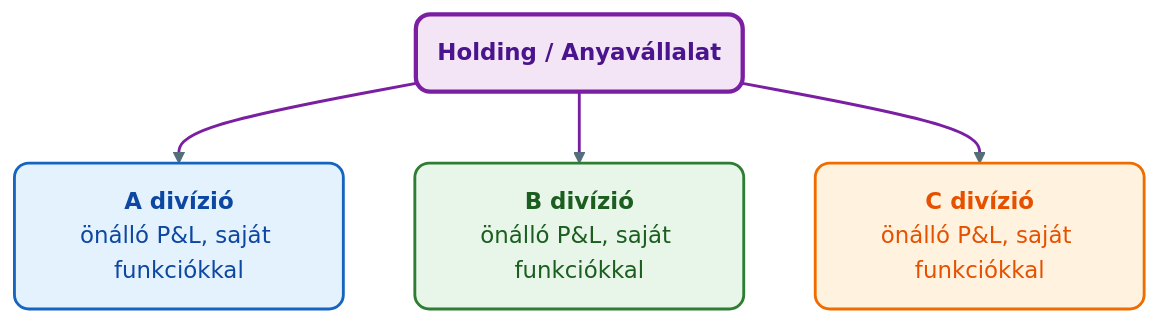
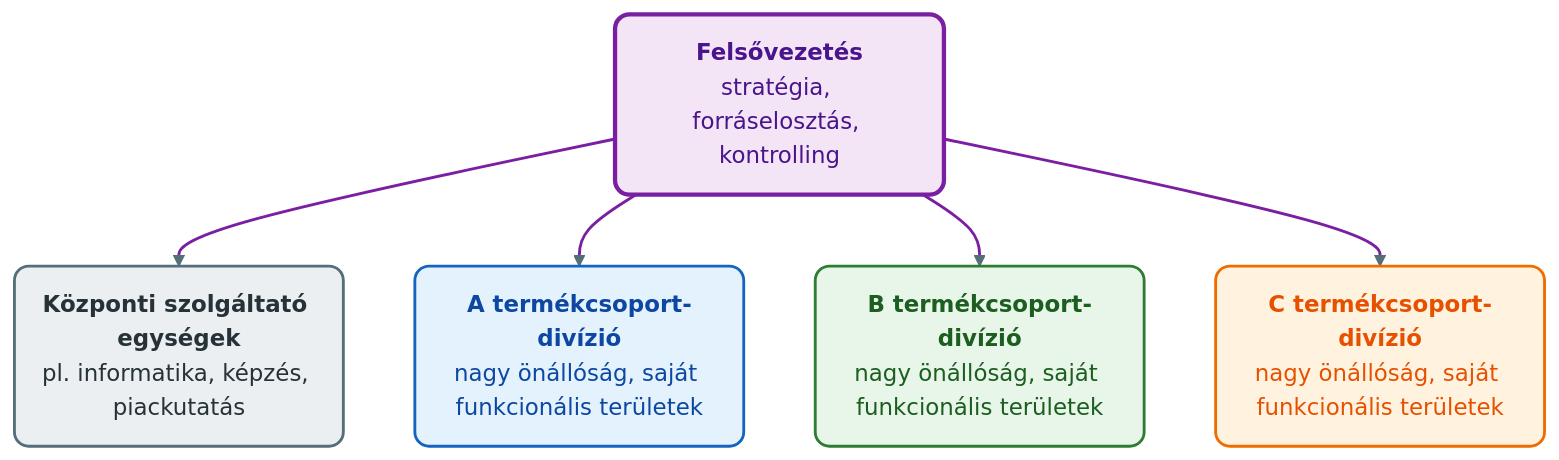
One commit to denespocsik/MM_BSC_Zarovizsga changed the third of 4 diagrams in Tételek/K04-GMXMD1MBLF-Szervezetek, szervezeti formák.tétel.md. Above: the diagram before and after it, drawn with Mermaid (neutral theme). The commit also changed other lines of this file and 2 other files, not shown here.

````diff
--- a/Tételek/K04-GMXMD1MBLF-Szervezetek, szervezeti formák.tétel.md
+++ b/Tételek/K04-GMXMD1MBLF-Szervezetek, szervezeti formák.tétel.md
@@ -122,19 +134,22 @@
 ```mermaid
 graph TD
-    H("<b>Holding / Anyavállalat</b>"):::lilaH
-    A("<b>A divízió</b><br/>önálló P&L, saját funkciókkal"):::kek
-    B("<b>B divízió</b><br/>önálló P&L, saját funkciókkal"):::zold
-    C("<b>C divízió</b><br/>önálló P&L, saját funkciókkal"):::narancs
+    FV("<b>Felsővezetés</b><br/>stratégia, forráselosztás, kontrolling"):::lilaH
+    KE("<b>Központi szolgáltató egységek</b><br/>pl. informatika, képzés, piackutatás"):::szurke
+    A("<b>A termékcsoport-divízió</b><br/>nagy önállóság, saját funkcionális területek"):::kek
+    B("<b>B termékcsoport-divízió</b><br/>nagy önállóság, saját funkcionális területek"):::zold
+    C("<b>C termékcsoport-divízió</b><br/>nagy önállóság, saját funkcionális területek"):::narancs
 
-    H --> A
-    H --> B
-    H --> C
+    FV --> KE
+    FV --> A
+    FV --> B
+    FV --> C
 
     classDef kek     fill:#e3f2fd,stroke:#1565c0,stroke-width:2px,color:#0d47a1,rx:10,ry:10;
     classDef zold    fill:#e8f5e9,stroke:#2e7d32,stroke-width:2px,color:#1b5e20,rx:10,ry:10;
     classDef narancs fill:#fff3e0,stroke:#ef6c00,stroke-width:2px,color:#e65100,rx:10,ry:10;
+    classDef szurke  fill:#eceff1,stroke:#546e7a,stroke-width:2px,color:#263238,rx:10,ry:10;
     classDef lilaH   fill:#f3e5f5,stroke:#7b1fa2,stroke-width:3px,color:#4a148c,rx:10,ry:10;
 
     linkStyle default stroke:#546e7a,stroke-width:2px;
-    linkStyle 0,1,2 stroke:#7b1fa2,stroke-width:2px;
+    linkStyle 0,1,2,3 stroke:#7b1fa2,stroke-width:2px;
 ```
````
